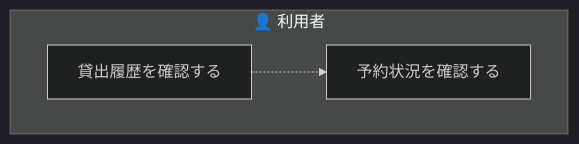
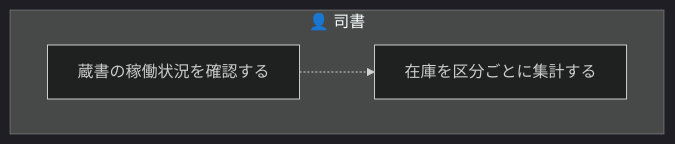
Diagram 12 of 13 in samples/distillery/pipeline/rdra/latest/views/03_業務フロー.md (suwa-sh/suwa-sh-claude-plugins), drawn with Mermaid (dark theme) before and after one commit. The commit also changed other lines of this file and 1723 other files, not shown here.

````diff
--- a/samples/distillery/pipeline/rdra/latest/views/03_業務フロー.md
+++ b/samples/distillery/pipeline/rdra/latest/views/03_業務フロー.md
@@ -138,8 +283,8 @@
 ```mermaid
 graph TD
-  subgraph LN1["👤 利用者"]
-    AT1["貸出履歴を確認する"]
-    AT2["予約状況を確認する"]
+  subgraph LN1["👤 司書"]
+    AT1["蔵書の稼働状況を確認する"]
+    AT2["在庫を区分ごとに集計する"]
   end
   AT1 -.-> AT2
 ```
````
